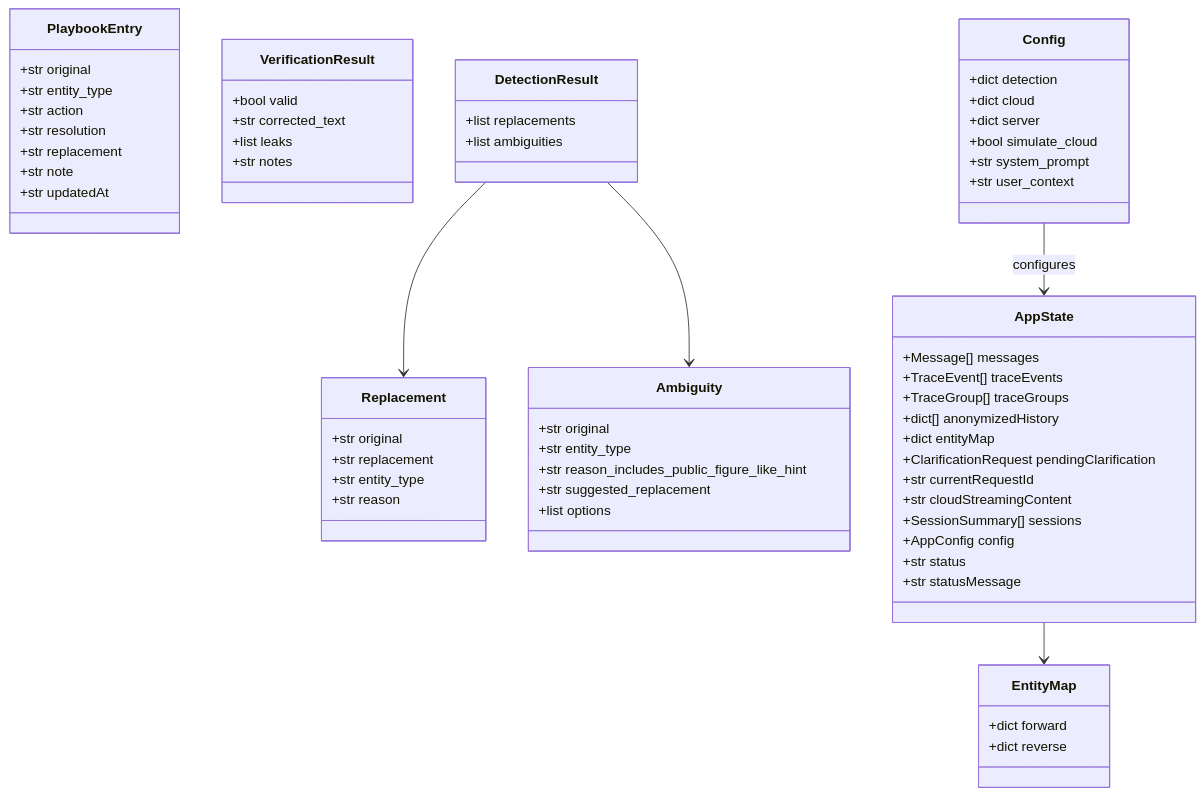
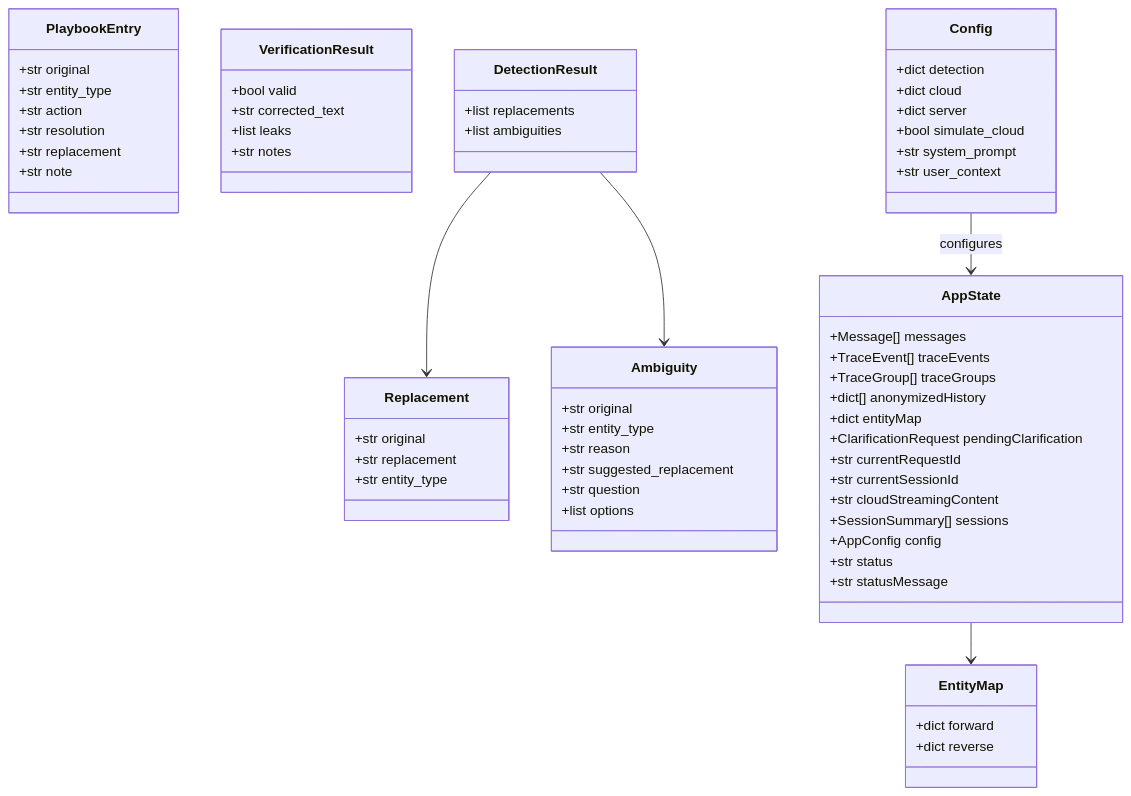
Before and after one commit to itzrnvr/CloakChat: the fifth of 6 diagrams in diagrams.md, drawn with Mermaid. The commit also changed 3 other files, not shown here.

First line of the commit message:
docs: remove model names, fix class diagrams, remove unimplemented output_mode

````diff
--- a/diagrams.md
+++ b/diagrams.md
@@ -268,73 +268,75 @@
 ```mermaid
 classDiagram
     class Replacement {
         +str original
         +str replacement
         +str entity_type
-        +str reason
+
     }
 
     class Ambiguity {
         +str original
         +str entity_type
-        +str reason_includes_public_figure_like_hint
+        +str reason
         +str suggested_replacement
+        +str question
         +list options
     }
 
     class EntityMap {
         +dict forward
         +dict reverse
     }
 
     class PlaybookEntry {
         +str original
         +str entity_type
         +str action
         +str resolution
         +str replacement
         +str note
-        +str updatedAt
+
     }
 
     class VerificationResult {
         +bool valid
         +str corrected_text
         +list leaks
         +str notes
     }
 
     class DetectionResult {
         +list replacements
         +list ambiguities
     }
 
     class Config {
         +dict detection
         +dict cloud
         +dict server
         +bool simulate_cloud
         +str system_prompt
         +str user_context
     }
 
     class AppState {
         +Message[] messages
         +TraceEvent[] traceEvents
         +TraceGroup[] traceGroups
         +dict[] anonymizedHistory
         +dict entityMap
         +ClarificationRequest pendingClarification
         +str currentRequestId
+        +str currentSessionId
         +str cloudStreamingContent
         +SessionSummary[] sessions
         +AppConfig config
         +str status
         +str statusMessage
     }
 
     DetectionResult --> Replacement
     DetectionResult --> Ambiguity
     AppState --> EntityMap
     Config --> AppState : configures
 ```
````
